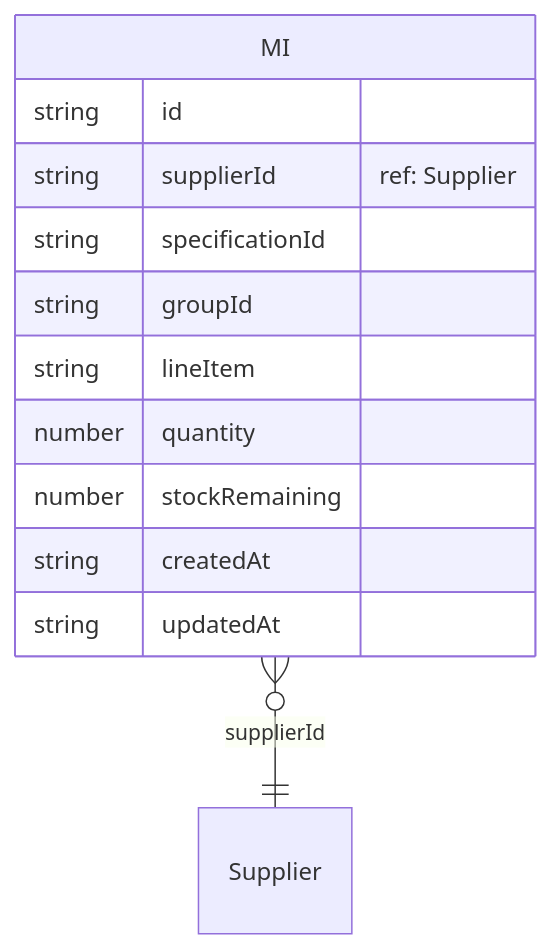
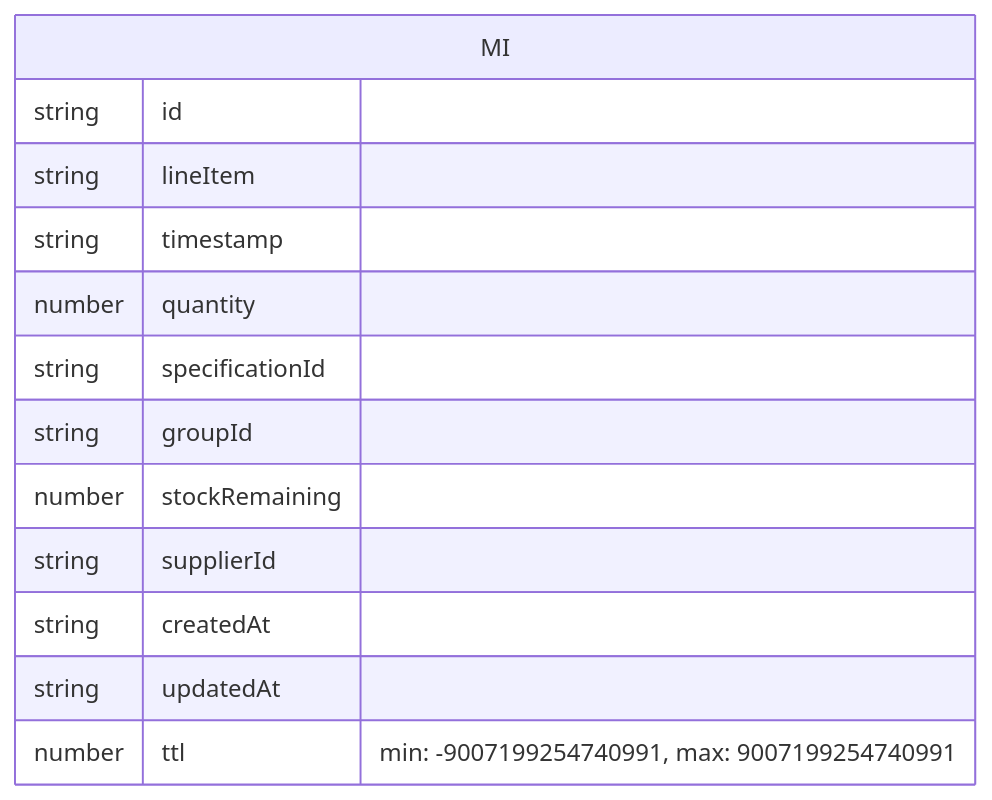
The second of 3 diagrams in docs/assets/diagrams/types.md (NHSDigital/nhs-notify-supplier-api), drawn with Mermaid before and after one commit. The commit also changed other lines of this file and 2 other files, not shown here.

````diff
--- a/docs/assets/diagrams/types.md
+++ b/docs/assets/diagrams/types.md
@@ -30,17 +30,16 @@
 ```mermaid
 erDiagram
     MI {
         string id
-        string supplierId "ref: Supplier"
+        string lineItem
+        string timestamp
+        number quantity
         string specificationId
         string groupId
-        string lineItem
-        number quantity
         number stockRemaining
+        string supplierId
         string createdAt
         string updatedAt
+        number ttl "min: -9007199254740991, max: 9007199254740991"
     }
-    Supplier {
-    }
-    MI }o--|| Supplier : "supplierId"
 ```
````
